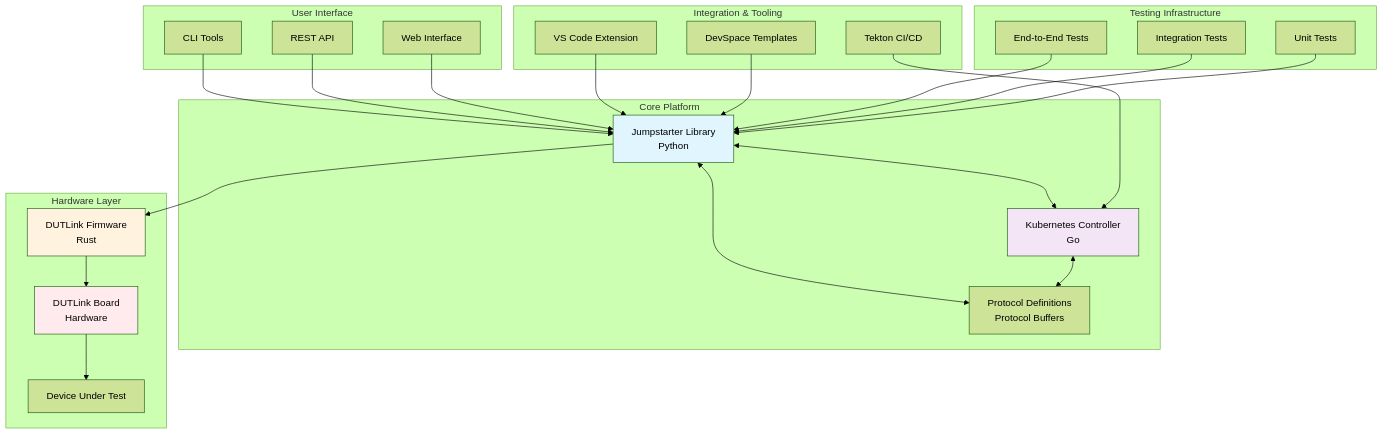
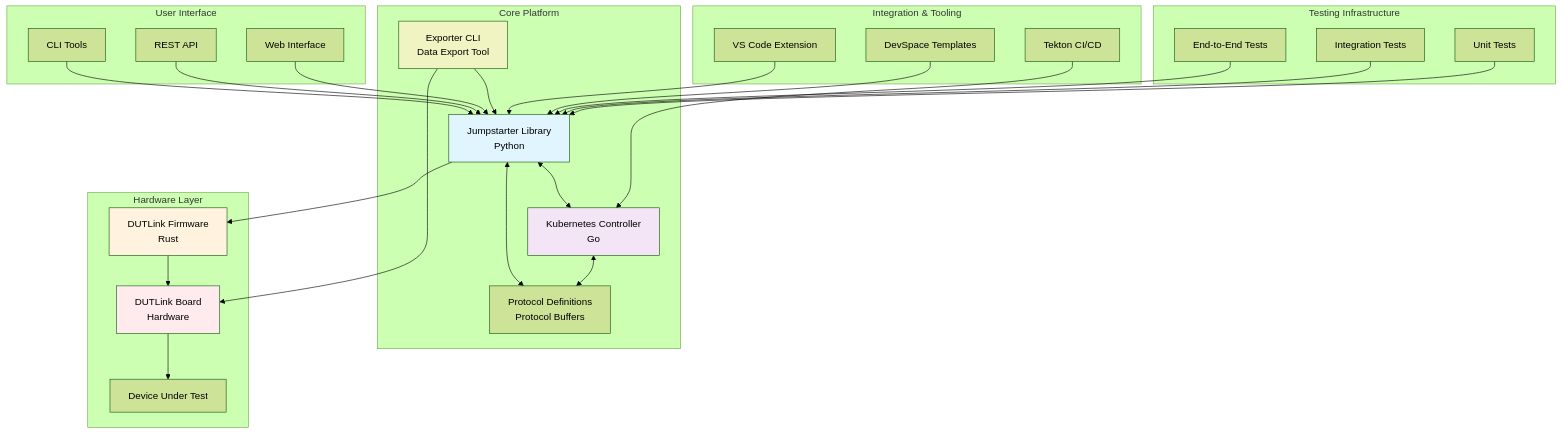
Before and after one commit to the78mole/jumpstarter-mono: the first of 5 diagrams in docs/architecture/index.md, drawn with Mermaid (forest theme). The commit also changed other lines of this file and 1 other file, not shown here.

Commit message:
Update architecture and hardware documentation with exporter, router, and DUT Pi-Link Board

````diff
--- a/docs/architecture/index.md
+++ b/docs/architecture/index.md
@@ -9,57 +9,62 @@
 ```mermaid
 graph TB
     subgraph "User Interface"
         CLI[CLI Tools]
         API[REST API]
         WEB[Web Interface]
     end
     
     subgraph "Core Platform"
         LIB[Jumpstarter Library<br/>Python]
         CTL[Kubernetes Controller<br/>Go]
         PROTO[Protocol Definitions<br/>Protocol Buffers]
+        EXPORTER[Exporter CLI<br/>Data Export Tool]
     end
     
     subgraph "Hardware Layer"
         FW[DUTLink Firmware<br/>Rust]
         HW[DUTLink Board<br/>Hardware]
         DUT[Device Under Test]
     end
     
     subgraph "Integration & Tooling"
         TEKTON[Tekton CI/CD]
         VSCODE[VS Code Extension]
         DEV[DevSpace Templates]
     end
     
     subgraph "Testing Infrastructure"
         E2E[End-to-End Tests]
         INT[Integration Tests]
         UNIT[Unit Tests]
     end
     
     CLI --> LIB
     API --> LIB
     WEB --> LIB
     
     LIB <--> CTL
     LIB <--> PROTO
     CTL <--> PROTO
     
     LIB --> FW
     FW --> HW
     HW --> DUT
     
+    EXPORTER --> LIB
+    EXPORTER --> HW
+    
     TEKTON --> CTL
     VSCODE --> LIB
     DEV --> LIB
     
     E2E --> LIB
     INT --> LIB
     UNIT --> LIB
     
     style LIB fill:#e1f5fe
     style CTL fill:#f3e5f5
     style FW fill:#fff3e0
     style HW fill:#ffebee
+    style EXPORTER fill:#f0f4c3
 ```
````
